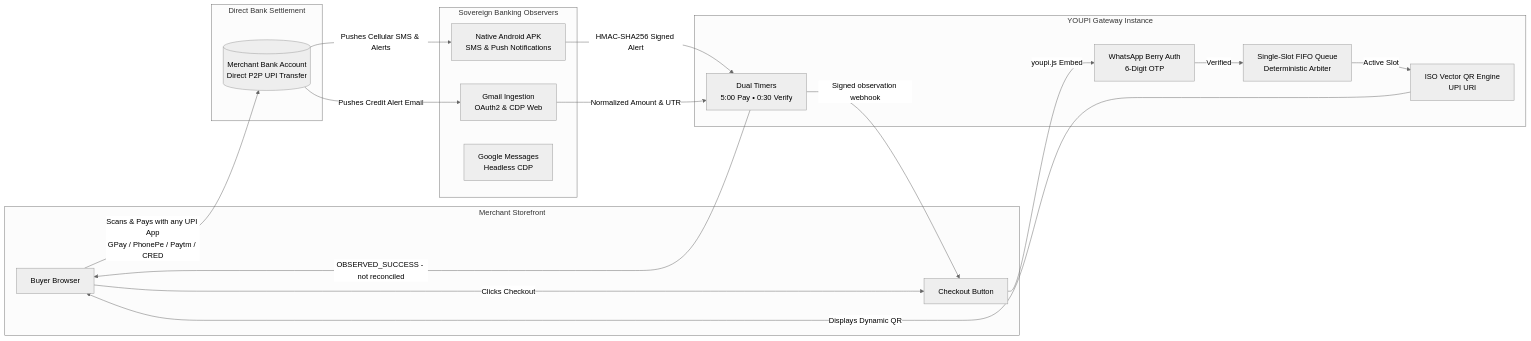
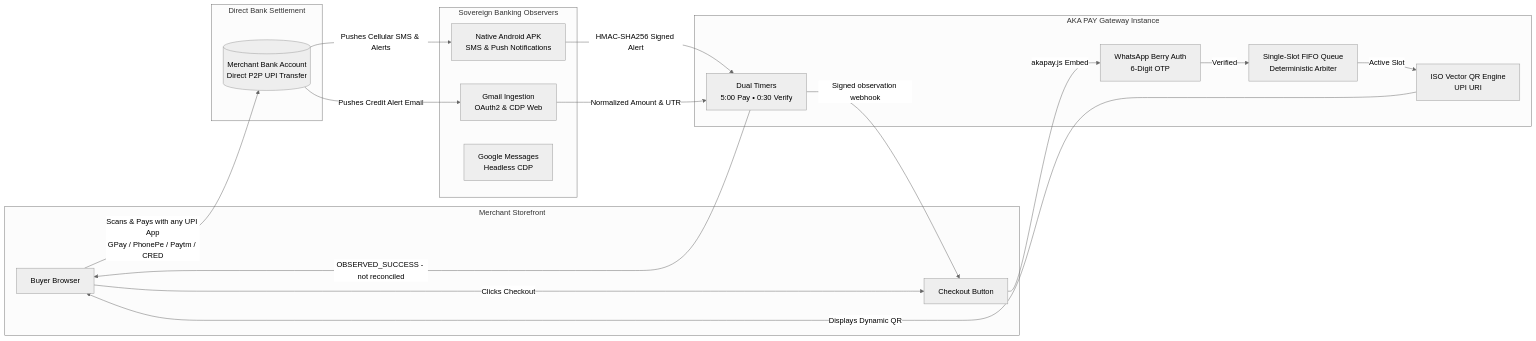
Before and after one commit to techabbayi/aka-pay-opensource: the diagram in README.md, drawn with Mermaid (neutral theme). The commit also changed other lines of this file and 277 other files, not shown here.

````diff
--- a/README.md
+++ b/README.md
@@ -107,40 +107,40 @@
 ```mermaid
 flowchart LR
     subgraph Storefront["Merchant Storefront"]
         Buyer[Buyer Browser]
         Cart[Checkout Button]
     end
 
-    subgraph Gateway["YOUPI Gateway Instance"]
+    subgraph Gateway["AKA PAY Gateway Instance"]
         AuthGate[WhatsApp Berry Auth<br/>6-Digit OTP]
         Queue[Single-Slot FIFO Queue<br/>Deterministic Arbiter]
         VectorQR[ISO Vector QR Engine<br/>UPI URI]
         DualTimer[Dual Timers<br/>5:00 Pay • 0:30 Verify]
     end
 
     subgraph BankingMesh["Sovereign Banking Observers"]
         AndroidNode[Native Android APK<br/>SMS & Push Notifications]
         GmailNode[Gmail Ingestion<br/>OAuth2 & CDP Web]
         SMSNode[Google Messages<br/>Headless CDP]
     end
 
     subgraph Settlement["Direct Bank Settlement"]
         MerchantBank[(Merchant Bank Account<br/>Direct P2P UPI Transfer)]
     end
 
     Buyer -->|Clicks Checkout| Cart
-    Cart -->|youpi.js Embed| AuthGate
+    Cart -->|akapay.js Embed| AuthGate
     AuthGate -->|Verified| Queue
     Queue -->|Active Slot| VectorQR
     VectorQR -->|Displays Dynamic QR| Buyer
 
     Buyer -->|Scans & Pays with any UPI App<br/>GPay / PhonePe / Paytm / CRED| MerchantBank
     MerchantBank -->|Pushes Cellular SMS & Alerts| AndroidNode
     MerchantBank -->|Pushes Credit Alert Email| GmailNode
 
     AndroidNode -->|HMAC-SHA256 Signed Alert| DualTimer
     GmailNode -->|Normalized Amount & UTR| DualTimer
 
     DualTimer -->|OBSERVED_SUCCESS - not reconciled| Buyer
     DualTimer -->|Signed observation webhook| Cart
 ```
````
